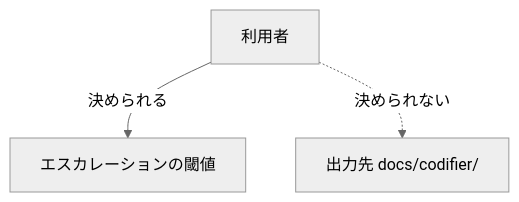
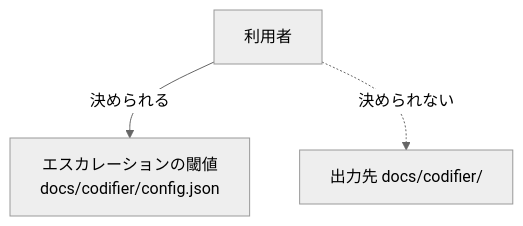
Before and after one commit to gameundwatch/codifier: the diagram in docs/archivist/L3_structures/configurable-surface.md, drawn with Mermaid (neutral theme). The commit also changed other lines of this file and 11 other files, not shown here.

First line of the commit message:
docs: timecode と config.json を決断に起こし designs を埋める

````diff
--- a/docs/archivist/L3_structures/configurable-surface.md
+++ b/docs/archivist/L3_structures/configurable-surface.md
@@ -9,6 +9,6 @@
 ```mermaid
 flowchart TD
     U[利用者]
-    U -->|決められる| T[エスカレーションの閾値]
+    U -->|決められる| T["エスカレーションの閾値<br/>docs/codifier/config.json"]
     U -.->|決められない| O[出力先 docs/codifier/]
 ```
````
